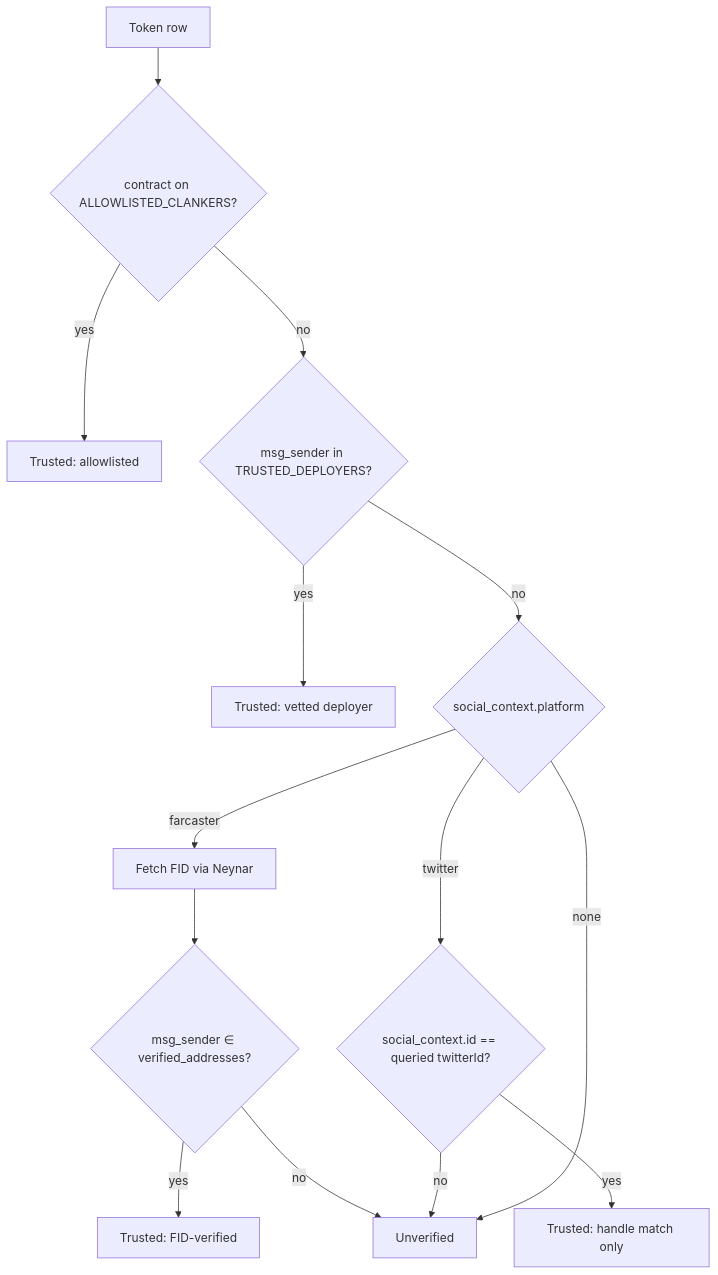
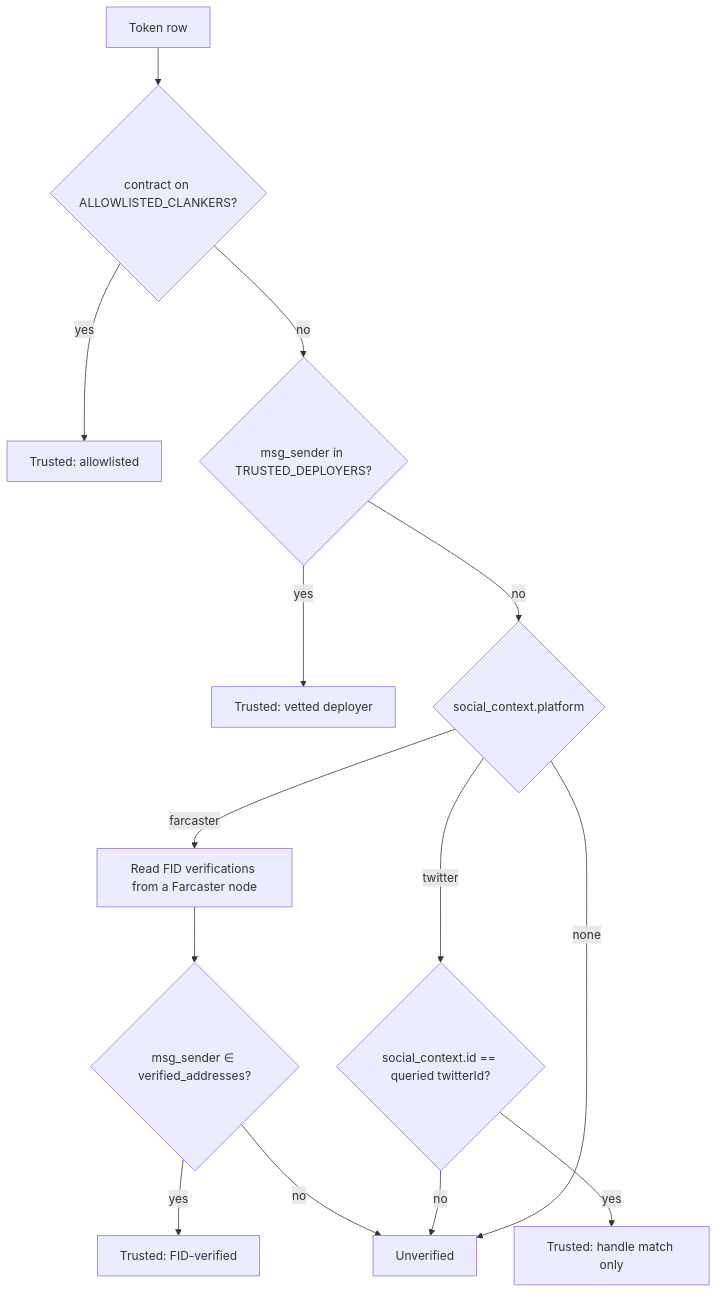
One commit to clanker-devco/DOCS changed the diagram in general/verifying-the-social-context-of-token-deploys.md. Above: the diagram before and after it, drawn with Mermaid. The commit also changed other lines of this file and 32 other files, not shown here.

````diff
--- a/general/verifying-the-social-context-of-token-deploys.md
+++ b/general/verifying-the-social-context-of-token-deploys.md
@@ -80,16 +80,16 @@
 ```mermaid
 flowchart TD
   A[Token row] --> B{contract on ALLOWLISTED_CLANKERS?}
   B -- yes --> T[Trusted: allowlisted]
   B -- no --> C{msg_sender in TRUSTED_DEPLOYERS?}
   C -- yes --> T2[Trusted: vetted deployer]
   C -- no --> D{social_context.platform}
-  D -- farcaster --> E[Fetch FID via Neynar]
+  D -- farcaster --> E[Read FID verifications from a Farcaster node]
   E --> F{msg_sender ∈ verified_addresses?}
   F -- yes --> T3[Trusted: FID-verified]
   F -- no --> U[Unverified]
   D -- twitter --> G{social_context.id == queried twitterId?}
   G -- yes --> T4[Trusted: handle match only]
   G -- no --> U
   D -- none --> U
 ```
````
